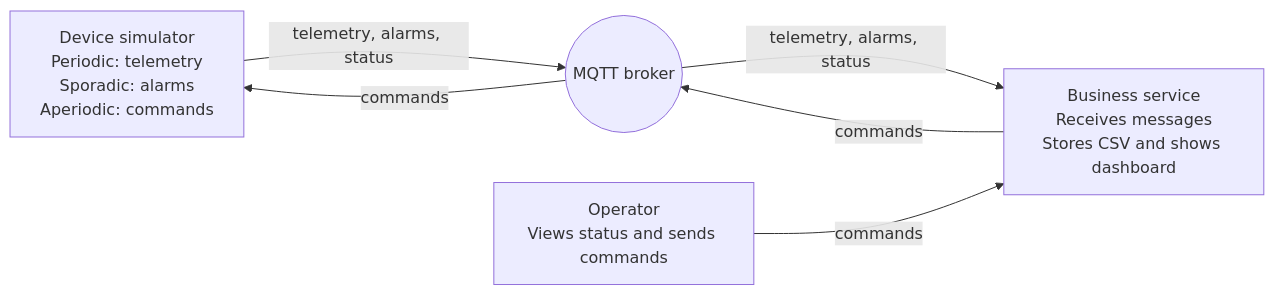
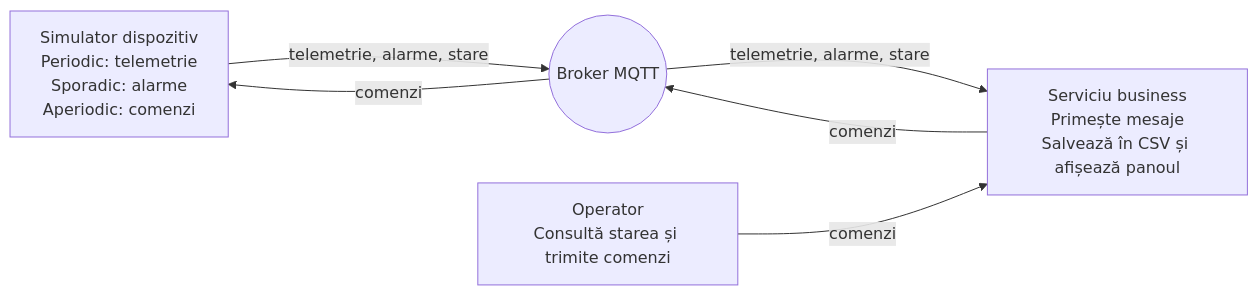
The diagram in tema-01-iot-mqtt/diagrame/diagrama-de-componente.mmd (Sergiu3107/rt-homeworks), drawn with Mermaid before and after one commit. The commit also changed 13 other files, not shown here.

```diff
--- a/tema-01-iot-mqtt/diagrame/diagrama-de-componente.mmd
+++ b/tema-01-iot-mqtt/diagrame/diagrama-de-componente.mmd
@@ -1,11 +1,11 @@
 flowchart LR
-    D["Device simulator<br/>Periodic: telemetry<br/>Sporadic: alarms<br/>Aperiodic: commands"]
-    B(("MQTT broker"))
-    S["Business service<br/>Receives messages<br/>Stores CSV and shows dashboard"]
-    O["Operator<br/>Views status and sends commands"]
+    D["Simulator dispozitiv<br/>Periodic: telemetrie<br/>Sporadic: alarme<br/>Aperiodic: comenzi"]
+    B(("Broker MQTT"))
+    S["Serviciu business<br/>Primește mesaje<br/>Salvează în CSV și afișează panoul"]
+    O["Operator<br/>Consultă starea și trimite comenzi"]
 
-    D -->|"telemetry, alarms, status"| B
-    B -->|"telemetry, alarms, status"| S
-    O -->|"commands"| S
-    S -->|"commands"| B
-    B -->|"commands"| D
+    D -->|"telemetrie, alarme, stare"| B
+    B -->|"telemetrie, alarme, stare"| S
+    O -->|"comenzi"| S
+    S -->|"comenzi"| B
+    B -->|"comenzi"| D
```
